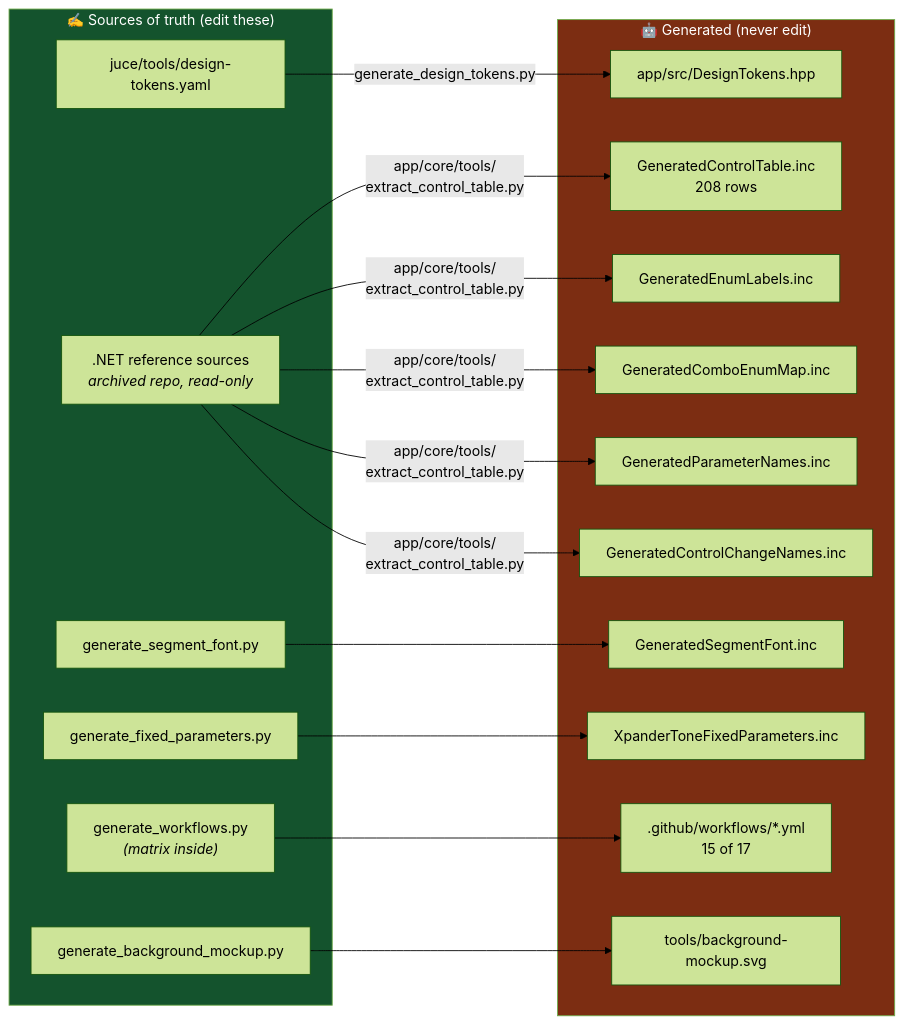
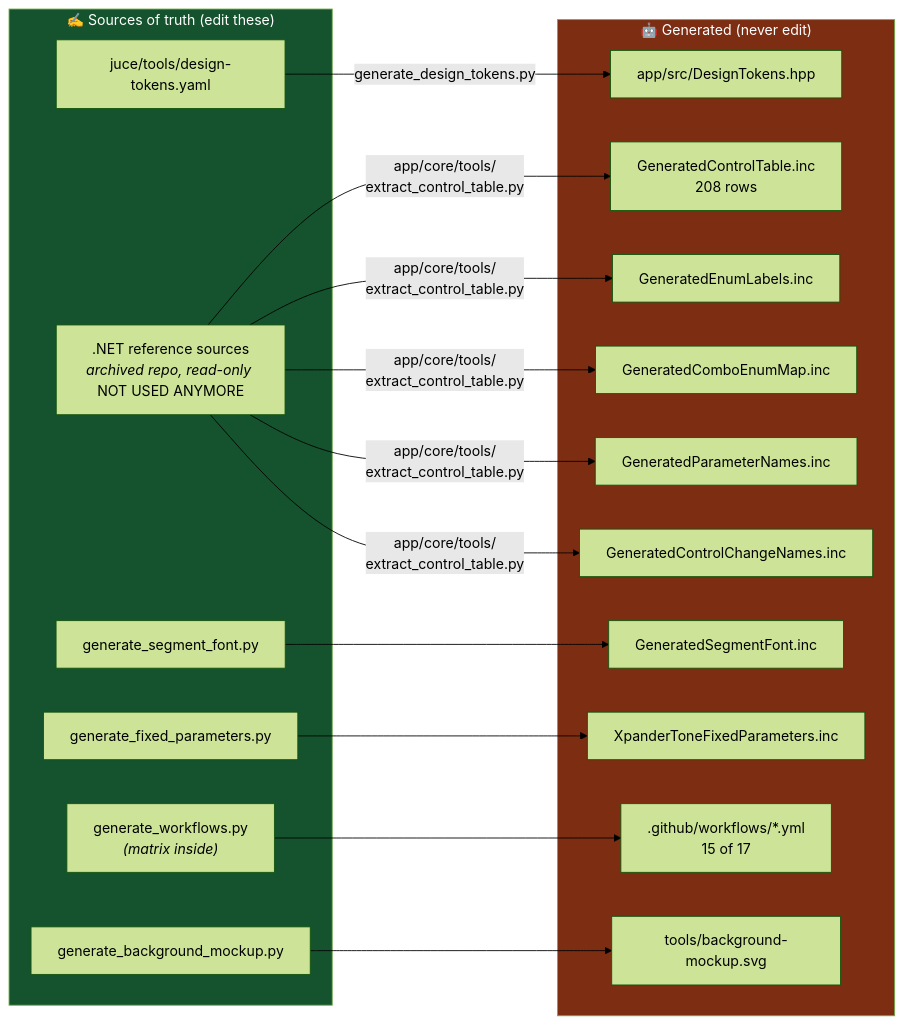
Before and after one commit to xplorer2716/XplorerEditor: the eighth of 18 diagrams in docs/architecture-analysis.md, drawn with Mermaid (forest theme). The commit also changed other lines of this file and 32 other files, not shown here.

````diff
--- a/docs/architecture-analysis.md
+++ b/docs/architecture-analysis.md
@@ -433,34 +433,34 @@
 ```mermaid
 flowchart LR
     subgraph SRC ["✍️ Sources of truth (edit these)"]
         DTY["juce/tools/design-tokens.yaml"]
-        REF[".NET reference sources<br/><i>archived repo, read-only</i>"]
+        REF[".NET reference sources<br/><i>archived repo, read-only</i> NOT USED ANYMORE"]
         SVG["generate_background_mockup.py"]
         MTX["generate_workflows.py<br/><i>(matrix inside)</i>"]
         SEG["generate_segment_font.py"]
         FIX["generate_fixed_parameters.py"]
     end
 
     subgraph OUT ["🤖 Generated (never edit)"]
         DTH["app/src/DesignTokens.hpp"]
         CT["GeneratedControlTable.inc<br/>208 rows"]
         EL["GeneratedEnumLabels.inc"]
         CE["GeneratedComboEnumMap.inc"]
         PN["GeneratedParameterNames.inc"]
         CC["GeneratedControlChangeNames.inc"]
         GS["GeneratedSegmentFont.inc"]
         XF["XpanderToneFixedParameters.inc"]
         WF[".github/workflows/*.yml<br/>15 of 17"]
         BG["tools/background-mockup.svg"]
     end
 
     DTY -->|generate_design_tokens.py| DTH
     REF -->|"app/core/tools/<br/>extract_control_table.py"| CT & EL & CE & PN & CC
     SEG --> GS
     FIX --> XF
     MTX --> WF
     SVG --> BG
 
     style OUT fill:#7c2d12,color:#fff
     style SRC fill:#14532d,color:#fff
 ```
````
